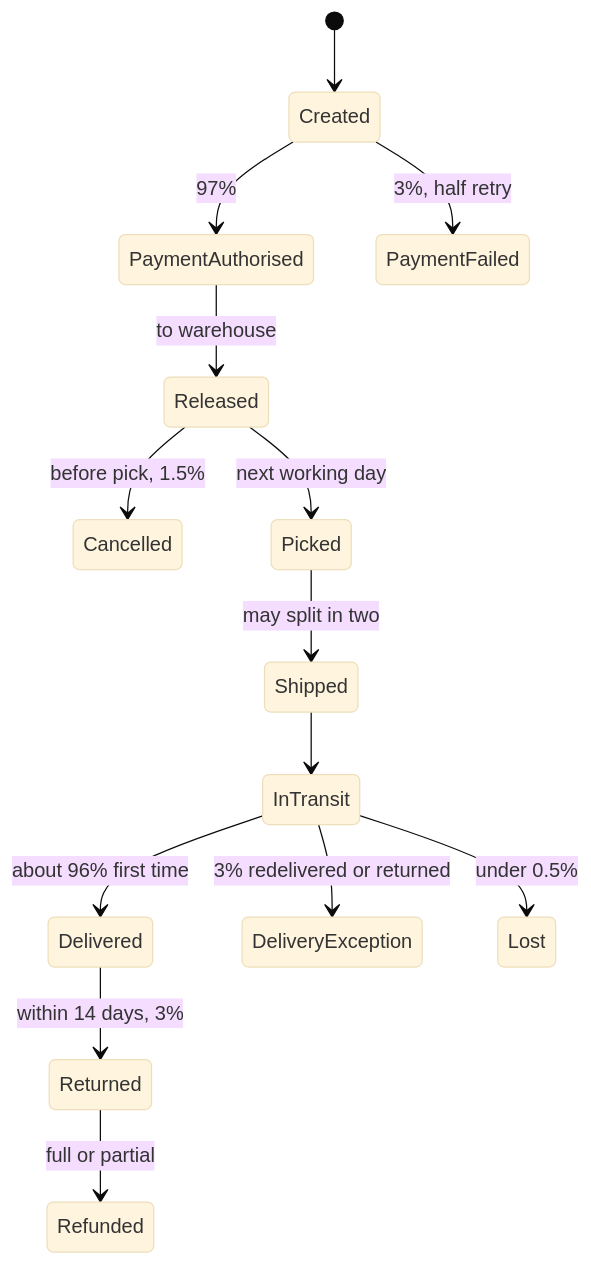
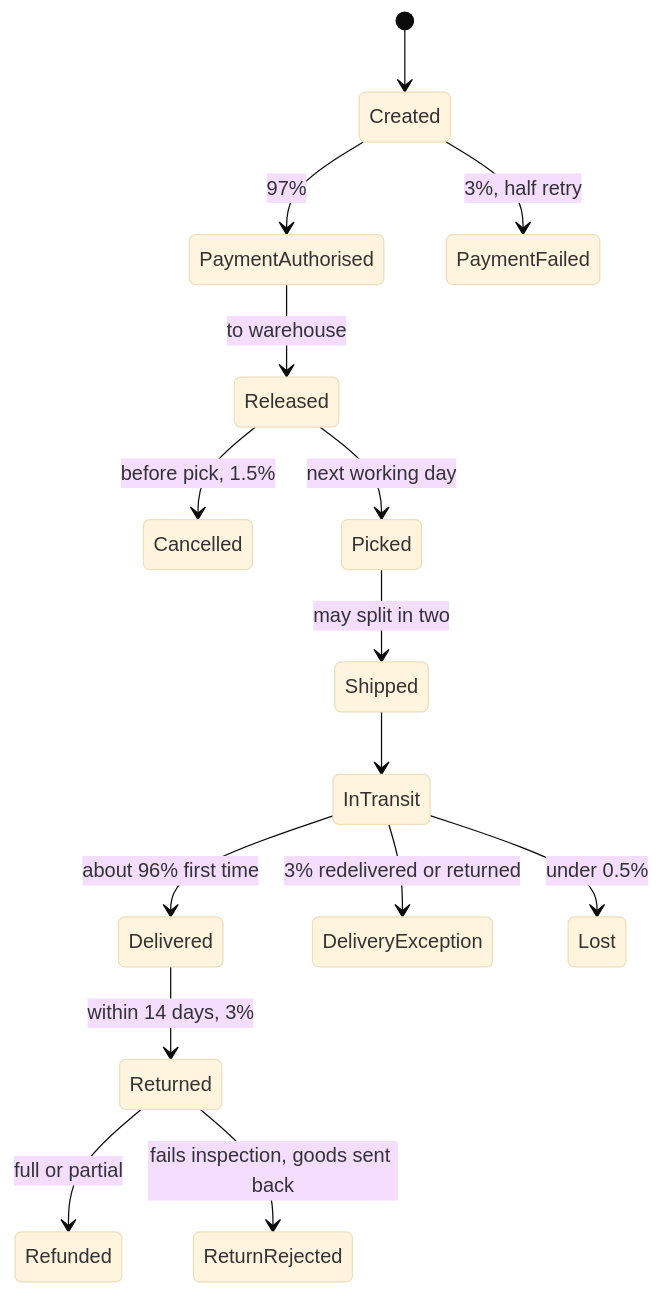
One commit to Runibex-Data-AI/commerce-simulator changed the second of 2 diagrams in docs/SPEC.md. Above: the diagram before and after it, drawn with Mermaid (base theme). The commit also changed other lines of this file and 53 other files, not shown here.

````diff
--- a/docs/SPEC.md
+++ b/docs/SPEC.md
@@ -114,16 +114,17 @@
 ```mermaid
 stateDiagram-v2
     [*] --> Created
     Created --> PaymentAuthorised: 97%
     Created --> PaymentFailed: 3%, half retry
     PaymentAuthorised --> Released: to warehouse
     Released --> Cancelled: before pick, 1.5%
     Released --> Picked: next working day
     Picked --> Shipped: may split in two
     Shipped --> InTransit
     InTransit --> Delivered: about 96% first time
     InTransit --> DeliveryException: 3% redelivered or returned
     InTransit --> Lost: under 0.5%
     Delivered --> Returned: within 14 days, 3%
     Returned --> Refunded: full or partial
+    Returned --> ReturnRejected: fails inspection, goods sent back
 ```
````
